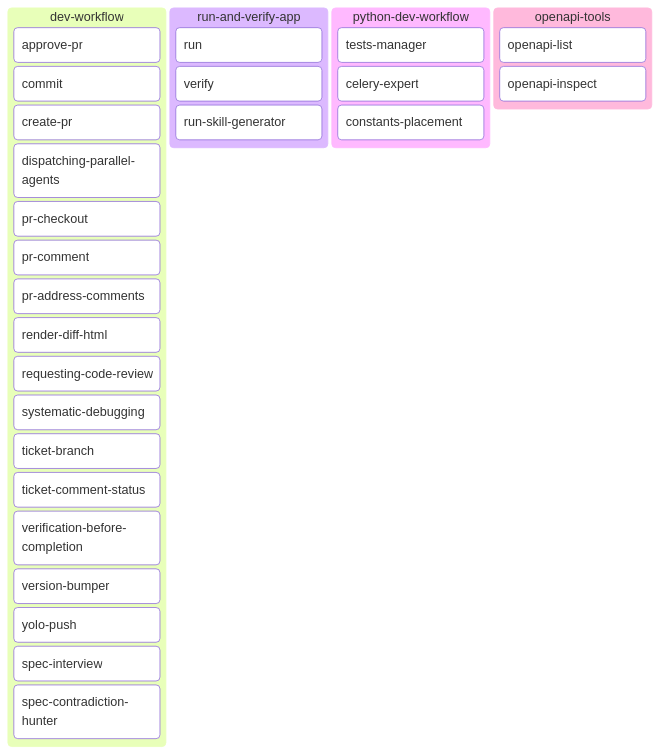
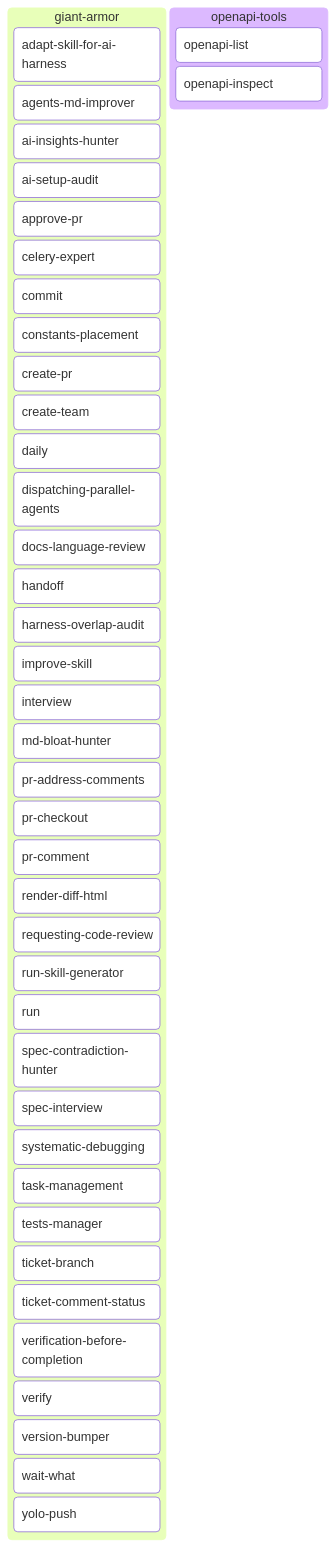
One commit to Alex-Kopylov/zweihander changed the third of 4 diagrams in README.md. Above: the diagram before and after it, drawn with Mermaid. The commit also changed other lines of this file and 683 other files, not shown here.

Commit message:
refactor!: merge dev-workflow, python-dev-workflow, work-session-tools, ai-assistant-ops and run-and-verify-app into giant-armor 1.0.0

````diff
--- a/README.md
+++ b/README.md
@@ -99,32 +83,44 @@
 ```mermaid
 kanban
-  dev_workflow[dev-workflow]
+  giant_armor[giant-armor]
+    aao_adapt_skill_for_ai_harness[adapt-skill-for-ai-harness]
+    aao_agents_md_improver[agents-md-improver]
+    aao_ai_insights_hunter[ai-insights-hunter]
+    aao_ai_setup_audit[ai-setup-audit]
     dw_approve_pr[approve-pr]
+    pdw_celery_expert[celery-expert]
     dw_commit[commit]
+    pdw_constants_placement[constants-placement]
     dw_create_pr[create-pr]
+    wst_create_team[create-team]
+    wst_daily[daily]
     dw_dispatching_parallel_agents[dispatching-parallel-agents]
+    aao_docs_language_review[docs-language-review]
+    wst_handoff[handoff]
+    aao_harness_overlap_audit[harness-overlap-audit]
+    aao_improve_skill[improve-skill]
+    wst_interview[interview]
+    aao_md_bloat_hunter[md-bloat-hunter]
+    dw_pr_address_comments[pr-address-comments]
     dw_pr_checkout[pr-checkout]
     dw_pr_comment[pr-comment]
-    dw_pr_address_comments[pr-address-comments]
     dw_render_diff_html[render-diff-html]
     dw_requesting_code_review[requesting-code-review]
+    rva_run_skill_generator[run-skill-generator]
+    rva_run[run]
+    dw_spec_contradiction_hunter[spec-contradiction-hunter]
+    dw_spec_interview[spec-interview]
     dw_systematic_debugging[systematic-debugging]
+    wst_task_management[task-management]
+    pdw_tests_manager[tests-manager]
     dw_ticket_branch[ticket-branch]
     dw_ticket_comment_status[ticket-comment-status]
     dw_verification_before_completion[verification-before-completion]
+    rva_verify[verify]
     dw_version_bumper[version-bumper]
+    wst_wait_what[wait-what]
     dw_yolo_push[yolo-push]
-    dw_spec_interview[spec-interview]
-    dw_spec_contradiction_hunter[spec-contradiction-hunter]
-  run_and_verify_app[run-and-verify-app]
-    rva_run[run]
-    rva_verify[verify]
-    rva_run_skill_generator[run-skill-generator]
-  python_dev_workflow[python-dev-workflow]
-    pdw_tests_manager[tests-manager]
-    pdw_celery_expert[celery-expert]
-    pdw_constants_placement[constants-placement]
   openapi_tools[openapi-tools]
     oat_openapi_list[openapi-list]
     oat_openapi_inspect[openapi-inspect]
 ```
````
